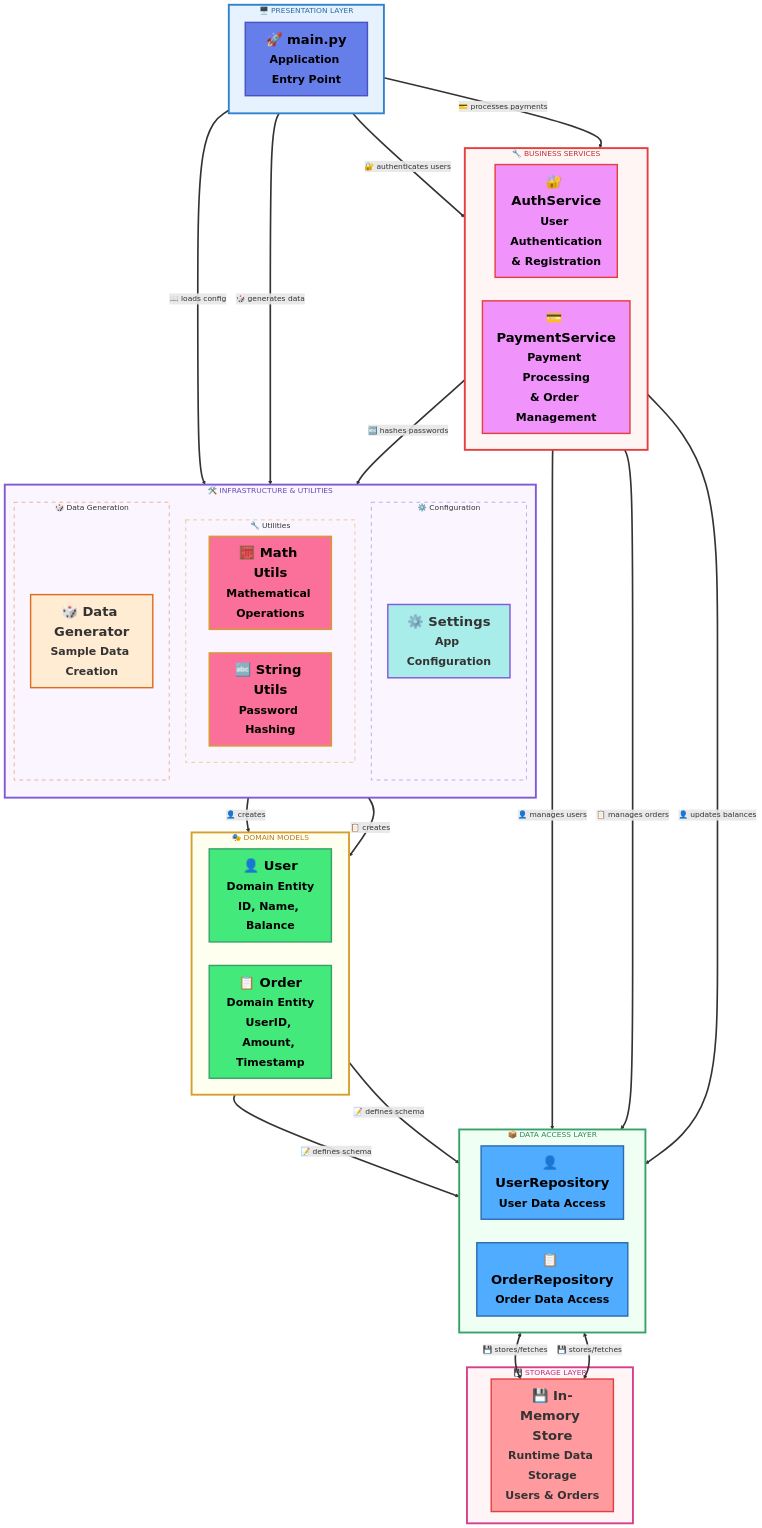
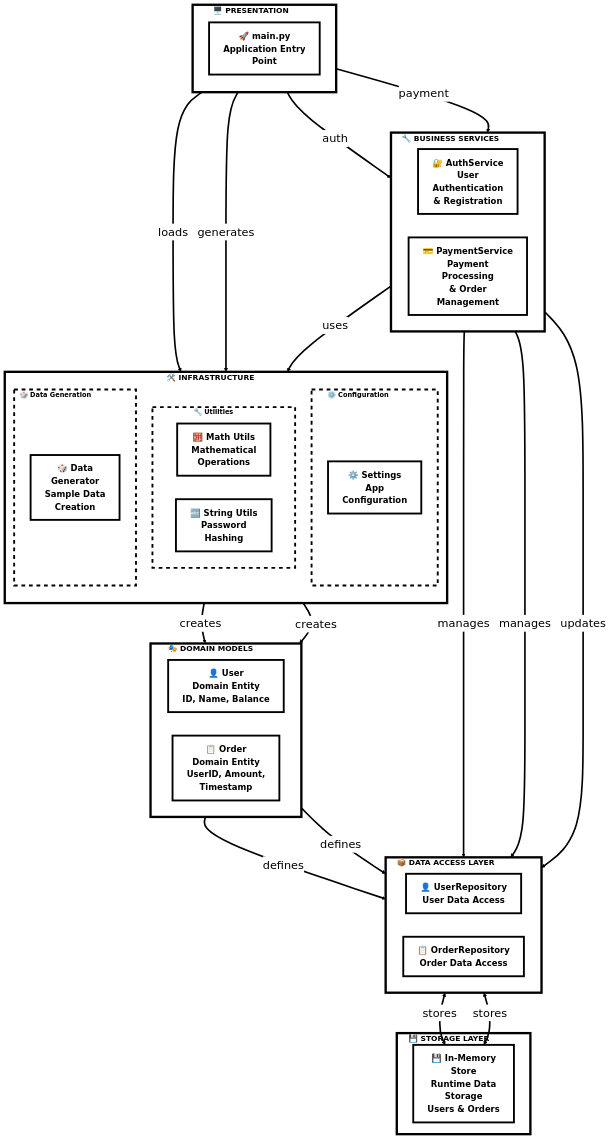
The diagram in repo_visualize.md (soso0024/pj-aidev-image_generator), drawn with Mermaid before and after one commit. The commit also changed 1 other file, not shown here.

Commit message:
docs(diagram): configure mermaid theme and styling

````diff
--- a/repo_visualize.md
+++ b/repo_visualize.md
@@ -1,4 +1,5 @@
 ```mermaid
+%%{init: {'theme': 'base', 'themeVariables': { 'background': '#ffffff', 'primaryColor': '#ffffff', 'fontSize': '24px', 'fontFamily': 'Arial', 'primaryTextColor': '#000000', 'primaryBorderColor': '#000000', 'lineColor': '#000000'}}}%%
 flowchart TD
     %% ===========================================
     %% 🎯 AI Development Dataset Architecture
@@ -6,51 +7,51 @@
     %% ===========================================
 
     %% 🖥️ PRESENTATION LAYER
-    subgraph PRES [" 🖥️ PRESENTATION LAYER "]
+    subgraph PRES [" 🖥️ PRESENTATION"]
         direction TB
-        main["🚀 main.py<br/><small>Application Entry Point</small>"]:::presentation
+        main["🚀 main.py<br/>Application Entry<br/>Point"]:::presentation
     end
 
     %% 🔧 BUSINESS LAYER
     subgraph BIZ [" 🔧 BUSINESS SERVICES "]
         direction LR
-        auth["🔐 AuthService<br/><small>User Authentication<br/>& Registration</small>"]:::service
-        payment["💳 PaymentService<br/><small>Payment Processing<br/>& Order Management</small>"]:::service
+        auth["🔐 AuthService<br/>User<br/>Authentication<br/>& Registration"]:::service
+        payment["💳 PaymentService<br/>Payment<br/>Processing<br/>& Order<br/>Management"]:::service
     end
 
     %% 📦 DATA ACCESS LAYER
     subgraph DATA [" 📦 DATA ACCESS LAYER "]
         direction LR
-        urepo["👤 UserRepository<br/><small>User Data Access</small>"]:::repo
-        orepo["📋 OrderRepository<br/><small>Order Data Access</small>"]:::repo
+        urepo["👤 UserRepository<br/>User Data Access"]:::repo
+        orepo["📋 OrderRepository<br/>Order Data Access"]:::repo
     end
 
     %% 🎭 DOMAIN MODELS
     subgraph DOMAIN [" 🎭 DOMAIN MODELS "]
         direction LR
-        user["👤 User<br/><small>Domain Entity<br/>ID, Name, Balance</small>"]:::domain
-        order["📋 Order<br/><small>Domain Entity<br/>UserID, Amount, Timestamp</small>"]:::domain
+        user["👤 User<br/>Domain Entity<br/>ID, Name, Balance"]:::domain
+        order["📋 Order<br/>Domain Entity<br/>UserID, Amount,<br/>Timestamp"]:::domain
     end
 
     %% 🛠️ INFRASTRUCTURE
-    subgraph INFRA [" 🛠️ INFRASTRUCTURE & UTILITIES "]
+    subgraph INFRA [" 🛠️ INFRASTRUCTURE "]
         direction TB
         subgraph CONFIG [" ⚙️ Configuration "]
-            config["⚙️ Settings<br/><small>App Configuration</small>"]:::config
+            config["⚙️ Settings<br/>App<br/>Configuration"]:::config
         end
         subgraph UTILS [" 🔧 Utilities "]
             direction LR
-            mathu["🧮 Math Utils<br/><small>Mathematical Operations</small>"]:::util
-            stringu["🔤 String Utils<br/><small>Password Hashing</small>"]:::util
+            mathu["🧮 Math Utils<br/>Mathematical<br/>Operations"]:::util
+            stringu["🔤 String Utils<br/>Password<br/>Hashing"]:::util
         end
         subgraph GEN [" 🎲 Data Generation "]
-            generator["🎲 Data Generator<br/><small>Sample Data Creation</small>"]:::generator
+            generator["🎲 Data<br/>Generator<br/>Sample Data<br/>Creation"]:::generator
         end
     end
 
     %% 💾 STORAGE
     subgraph STORAGE [" 💾 STORAGE LAYER "]
-        store["💾 In-Memory Store<br/><small>Runtime Data Storage<br/>Users & Orders</small>"]:::store
+        store["💾 In-Memory<br/>Store<br/>Runtime Data<br/>Storage<br/>Users & Orders"]:::store
     end
 
     %% ===========================================
@@ -58,29 +59,29 @@
     %% ===========================================
 
     %% Main Application Flow
-    main ==>|"📖 loads config"| config
-    main ==>|"🎲 generates data"| generator
-    main ==>|"🔐 authenticates users"| auth
-    main ==>|"💳 processes payments"| payment
+    main ==>|"loads"| config
+    main ==>|"generates"| generator
+    main ==>|"auth"| auth
+    main ==>|"payment"| payment
 
     %% Data Generation Flow
-    generator ==>|"👤 creates"| user
-    generator ==>|"📋 creates"| order
+    generator ==>|"creates"| user
+    generator ==>|"creates"| order
 
     %% Business Service Dependencies
-    auth ==>|"👤 manages users"| urepo
-    auth ==>|"🔤 hashes passwords"| stringu
+    auth ==>|"manages"| urepo
+    auth ==>|"uses"| stringu
 
-    payment ==>|"📋 manages orders"| orepo
-    payment ==>|"👤 updates balances"| urepo
+    payment ==>|"manages"| orepo
+    payment ==>|"updates"| urepo
 
     %% Repository to Storage
-    urepo <==>|"💾 stores/fetches"| store
-    orepo <==>|"💾 stores/fetches"| store
+    urepo <==>|"stores"| store
+    orepo <==>|"stores"| store
 
     %% Domain Model Relations
-    user ==>|"📝 defines schema"| urepo
-    order ==>|"📝 defines schema"| orepo
+    user ==>|"defines"| urepo
+    order ==>|"defines"| orepo
 
     %% ===========================================
     %% 🔗 GITHUB LINKS
@@ -101,25 +102,25 @@
     %% 🎨 VISUAL STYLING
     %% ===========================================
 
-    %% Component Styles - Professional Colors
-    classDef presentation fill:#667eea,stroke:#4c51bf,stroke-width:3px,color:#000,font-weight:bold,font-size:28px
-    classDef service fill:#f093fb,stroke:#e53e3e,stroke-width:3px,color:#000,font-weight:bold,font-size:28px
-    classDef repo fill:#4facfe,stroke:#2b6cb0,stroke-width:3px,color:#000,font-weight:bold,font-size:28px
-    classDef domain fill:#43e97b,stroke:#38a169,stroke-width:3px,color:#000,font-weight:bold,font-size:28px
-    classDef util fill:#fa709a,stroke:#d69e2e,stroke-width:3px,color:#000,font-weight:bold,font-size:28px
-    classDef config fill:#a8edea,stroke:#805ad5,stroke-width:3px,color:#333,font-weight:bold,font-size:28px
-    classDef generator fill:#ffecd2,stroke:#dd6b20,stroke-width:3px,color:#333,font-weight:bold,font-size:28px
-    classDef store fill:#ff9a9e,stroke:#e53e3e,stroke-width:3px,color:#333,font-weight:bold,font-size:28px
+    %% Component Styles - Enhanced Borders for Export
+    classDef presentation fill:#ffffff,stroke:#000000,stroke-width:4px,color:#000000,font-weight:bold,font-size:18px
+    classDef service fill:#ffffff,stroke:#000000,stroke-width:4px,color:#000000,font-weight:bold,font-size:18px
+    classDef repo fill:#ffffff,stroke:#000000,stroke-width:4px,color:#000000,font-weight:bold,font-size:18px
+    classDef domain fill:#ffffff,stroke:#000000,stroke-width:4px,color:#000000,font-weight:bold,font-size:18px
+    classDef util fill:#ffffff,stroke:#000000,stroke-width:4px,color:#000000,font-weight:bold,font-size:18px
+    classDef config fill:#ffffff,stroke:#000000,stroke-width:4px,color:#000000,font-weight:bold,font-size:18px
+    classDef generator fill:#ffffff,stroke:#000000,stroke-width:4px,color:#000000,font-weight:bold,font-size:18px
+    classDef store fill:#ffffff,stroke:#000000,stroke-width:4px,color:#000000,font-weight:bold,font-size:18px
 
-    %% Subgraph Styles - Subtle Background Colors
-    classDef default fill:transparent,stroke:none
-    style PRES fill:#e6f3ff,stroke:#3182ce,stroke-width:4px,color:#2a69ac
-    style BIZ fill:#fff5f5,stroke:#e53e3e,stroke-width:4px,color:#c53030
-    style DATA fill:#f0fff4,stroke:#38a169,stroke-width:4px,color:#2f855a
-    style DOMAIN fill:#fffff0,stroke:#d69e2e,stroke-width:4px,color:#b7791f
-    style INFRA fill:#faf5ff,stroke:#805ad5,stroke-width:4px,color:#6b46c1
-    style STORAGE fill:#fff5f7,stroke:#d53f8c,stroke-width:4px,color:#b83280
-    style CONFIG fill:transparent,stroke:#805ad5,stroke-width:1px,stroke-dasharray: 8 8
-    style UTILS fill:transparent,stroke:#d69e2e,stroke-width:1px,stroke-dasharray: 8 8
-    style GEN fill:transparent,stroke:#dd6b20,stroke-width:1px,stroke-dasharray: 8 8
+    %% Subgraph Styles - Enhanced Borders for Export
+    classDef default fill:#ffffff,stroke:#000000,stroke-width:3px,font-size:24px,font-weight:bold,color:#000000
+    style PRES fill:#ffffff,stroke:#000000,stroke-width:5px,color:#000000,font-size:16px,font-weight:bold
+    style BIZ fill:#ffffff,stroke:#000000,stroke-width:5px,color:#000000,font-size:16px,font-weight:bold
+    style DATA fill:#ffffff,stroke:#000000,stroke-width:5px,color:#000000,font-size:16px,font-weight:bold
+    style DOMAIN fill:#ffffff,stroke:#000000,stroke-width:5px,color:#000000,font-size:16px,font-weight:bold
+    style INFRA fill:#ffffff,stroke:#000000,stroke-width:5px,color:#000000,font-size:16px,font-weight:bold
+    style STORAGE fill:#ffffff,stroke:#000000,stroke-width:5px,color:#000000,font-size:16px,font-weight:bold
+    style CONFIG fill:#ffffff,stroke:#000000,stroke-width:4px,stroke-dasharray: 8 8,font-size:14px,font-weight:bold,color:#000000
+    style UTILS fill:#ffffff,stroke:#000000,stroke-width:4px,stroke-dasharray: 8 8,font-size:14px,font-weight:bold,color:#000000
+    style GEN fill:#ffffff,stroke:#000000,stroke-width:4px,stroke-dasharray: 8 8,font-size:14px,font-weight:bold,color:#000000
 ```
````
